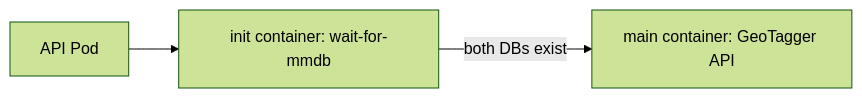
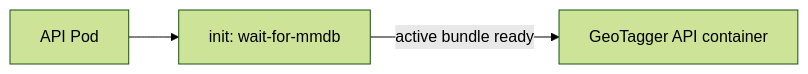
The second of 10 diagrams in docs/KUBERNETES.md (Jstarzz/geotagger), drawn with Mermaid (forest theme) before and after one commit. The commit also changed other lines of this file, not shown here.

Commit message:
docs: explain atomic MMDB bundle in K3s

````diff
--- a/docs/KUBERNETES.md
+++ b/docs/KUBERNETES.md
@@ -19,5 +19,5 @@
 ```mermaid
 flowchart LR
-    POD["API Pod"] --> INIT["init container: wait-for-mmdb"]
-    INIT -->|"both DBs exist"| API["main container: GeoTagger API"]
+    POD["API Pod"] --> INIT["init: wait-for-mmdb"]
+    INIT -->|"active bundle ready"| API["GeoTagger API container"]
 ```
````
